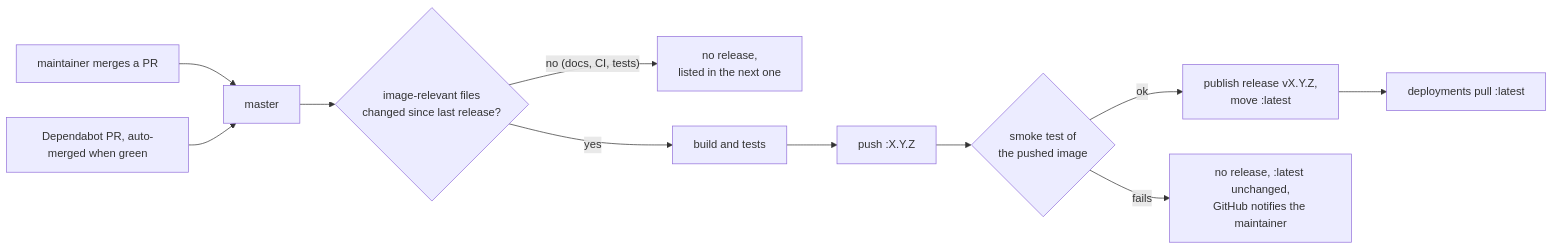
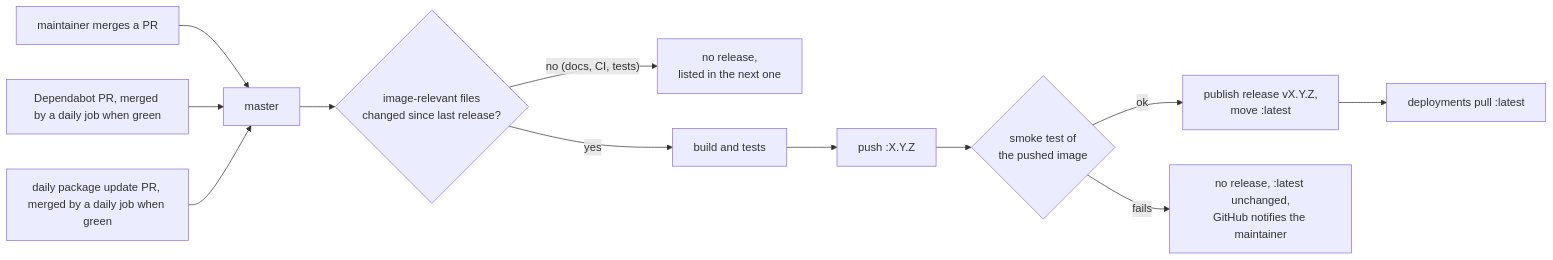
Before and after one commit to motwok/ShareContainer: the diagram in RELEASING.md, drawn with Mermaid. The commit also changed other lines of this file and 5 other files, not shown here.

Commit message:
ci: daily package update as a pull request, merged and released when green (#12)

````diff
--- a/RELEASING.md
+++ b/RELEASING.md
@@ -32,13 +31,14 @@
 ```mermaid
 flowchart LR
   O[maintainer merges a PR] --> M[master]
-  D[Dependabot PR, auto-merged when green] --> M
+  D[Dependabot PR, merged by a daily job when green] --> M
+  U[daily package update PR, merged by a daily job when green] --> M
   M --> C{image-relevant files<br/>changed since last release?}
   C -- "no (docs, CI, tests)" --> Q[no release,<br/>listed in the next one]
   C -- yes --> B[build and tests]
   B --> G[push :X.Y.Z]
   G --> T{smoke test of<br/>the pushed image}
   T -- ok --> R[publish release vX.Y.Z,<br/>move :latest]
   T -- fails --> N[no release, :latest unchanged,<br/>GitHub notifies the maintainer]
   R --> P[deployments pull :latest]
 ```
````
